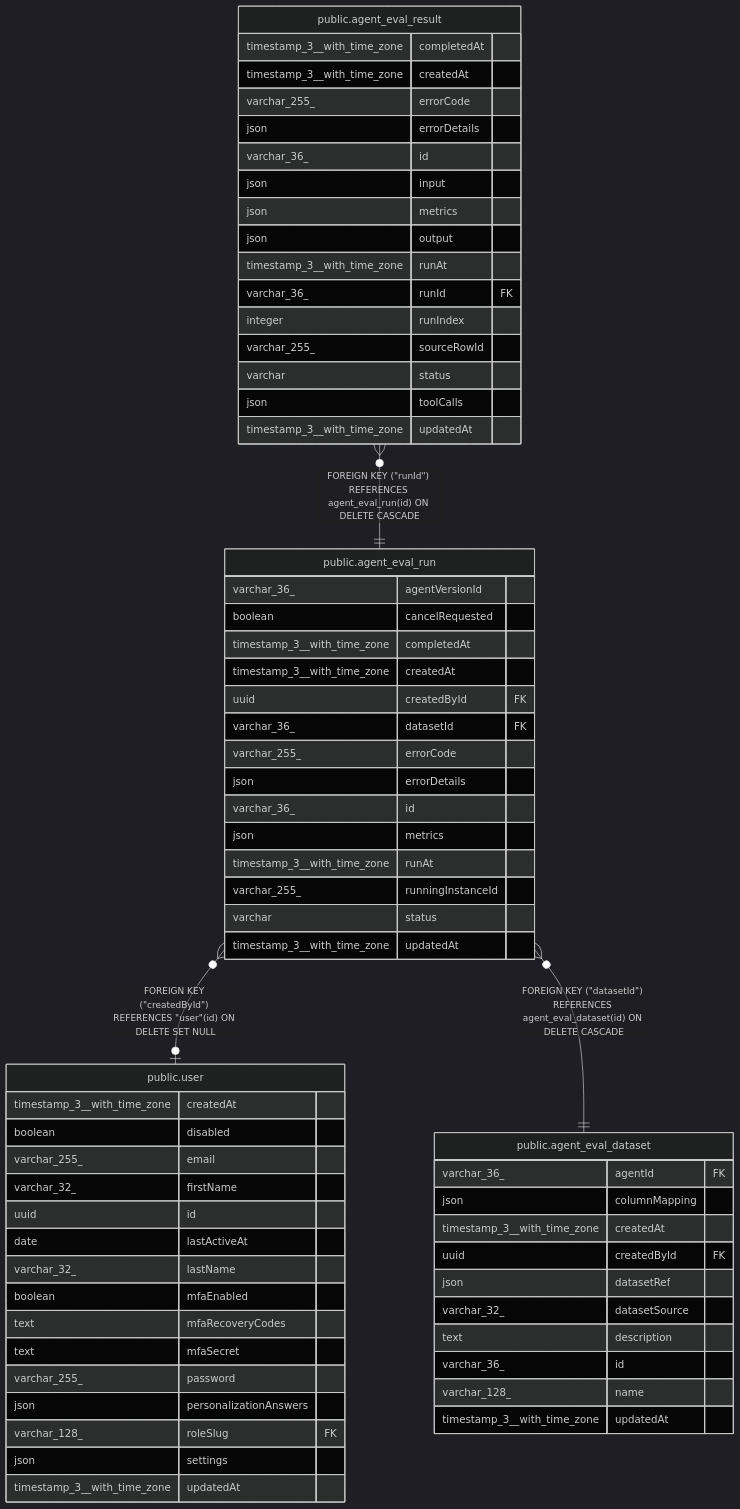
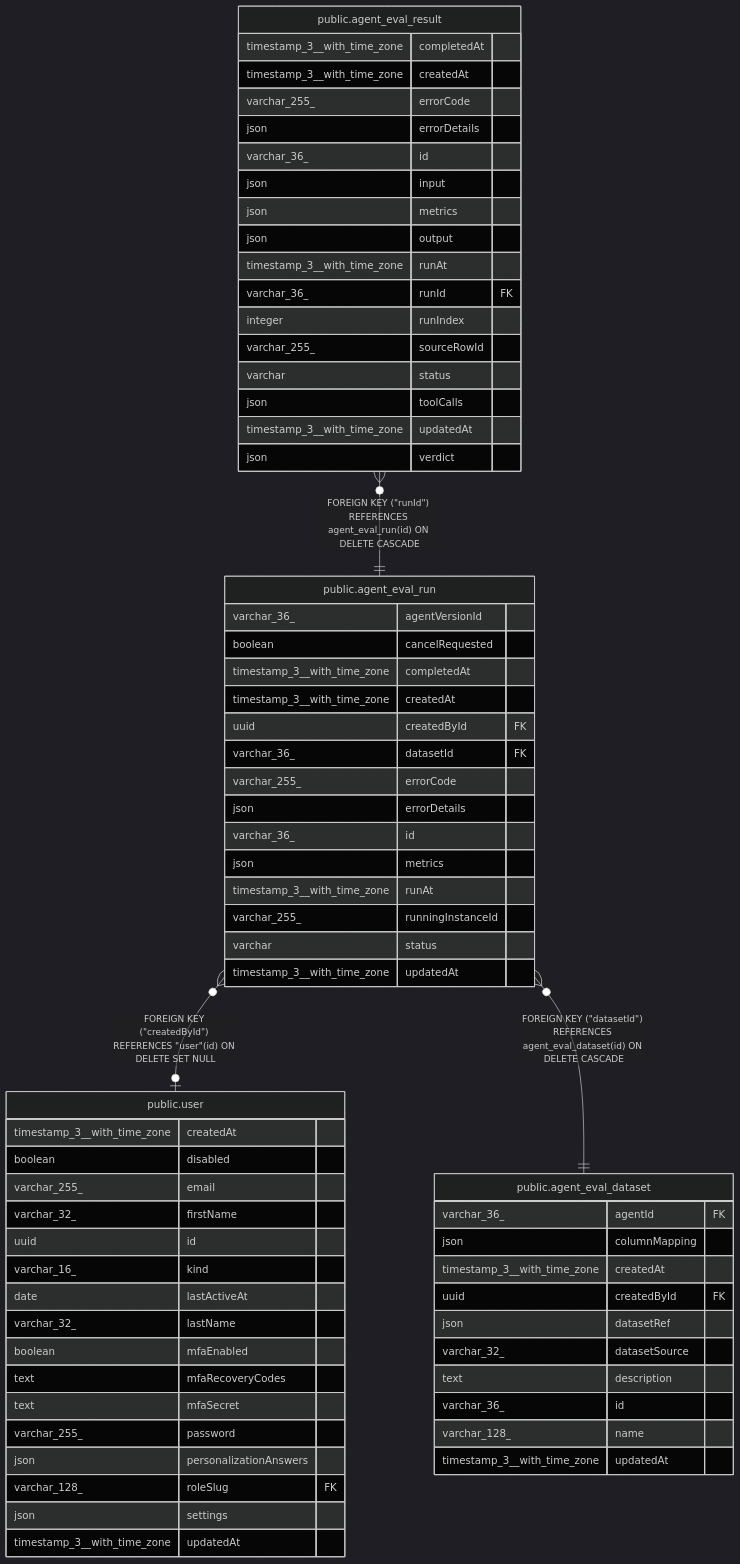
The diagram in docs/generated/postgres-schema/public.agent_eval_run.md (sreent/n8n), drawn with Mermaid (dark theme) before and after one commit. The commit also changed 7993 other files, not shown here.

````diff
--- a/docs/generated/postgres-schema/public.agent_eval_run.md
+++ b/docs/generated/postgres-schema/public.agent_eval_run.md
@@ -46,70 +46,72 @@
 ```mermaid
 erDiagram
 
 "public.agent_eval_run" }o--o| "public.user" : "FOREIGN KEY (#quot;createdById#quot;) REFERENCES #quot;user#quot;(id) ON DELETE SET NULL"
 "public.agent_eval_run" }o--|| "public.agent_eval_dataset" : "FOREIGN KEY (#quot;datasetId#quot;) REFERENCES agent_eval_dataset(id) ON DELETE CASCADE"
 "public.agent_eval_result" }o--|| "public.agent_eval_run" : "FOREIGN KEY (#quot;runId#quot;) REFERENCES agent_eval_run(id) ON DELETE CASCADE"
 
 "public.agent_eval_run" {
   varchar_36_ agentVersionId
   boolean cancelRequested
   timestamp_3__with_time_zone completedAt
   timestamp_3__with_time_zone createdAt
   uuid createdById FK
   varchar_36_ datasetId FK
   varchar_255_ errorCode
   json errorDetails
   varchar_36_ id
   json metrics
   timestamp_3__with_time_zone runAt
   varchar_255_ runningInstanceId
   varchar status
   timestamp_3__with_time_zone updatedAt
 }
 "public.user" {
   timestamp_3__with_time_zone createdAt
   boolean disabled
   varchar_255_ email
   varchar_32_ firstName
   uuid id
+  varchar_16_ kind
   date lastActiveAt
   varchar_32_ lastName
   boolean mfaEnabled
   text mfaRecoveryCodes
   text mfaSecret
   varchar_255_ password
   json personalizationAnswers
   varchar_128_ roleSlug FK
   json settings
   timestamp_3__with_time_zone updatedAt
 }
 "public.agent_eval_dataset" {
   varchar_36_ agentId FK
   json columnMapping
   timestamp_3__with_time_zone createdAt
   uuid createdById FK
   json datasetRef
   varchar_32_ datasetSource
   text description
   varchar_36_ id
   varchar_128_ name
   timestamp_3__with_time_zone updatedAt
 }
 "public.agent_eval_result" {
   timestamp_3__with_time_zone completedAt
   timestamp_3__with_time_zone createdAt
   varchar_255_ errorCode
   json errorDetails
   varchar_36_ id
   json input
   json metrics
   json output
   timestamp_3__with_time_zone runAt
   varchar_36_ runId FK
   integer runIndex
   varchar_255_ sourceRowId
   varchar status
   json toolCalls
   timestamp_3__with_time_zone updatedAt
+  json verdict
 }
 ```
````
